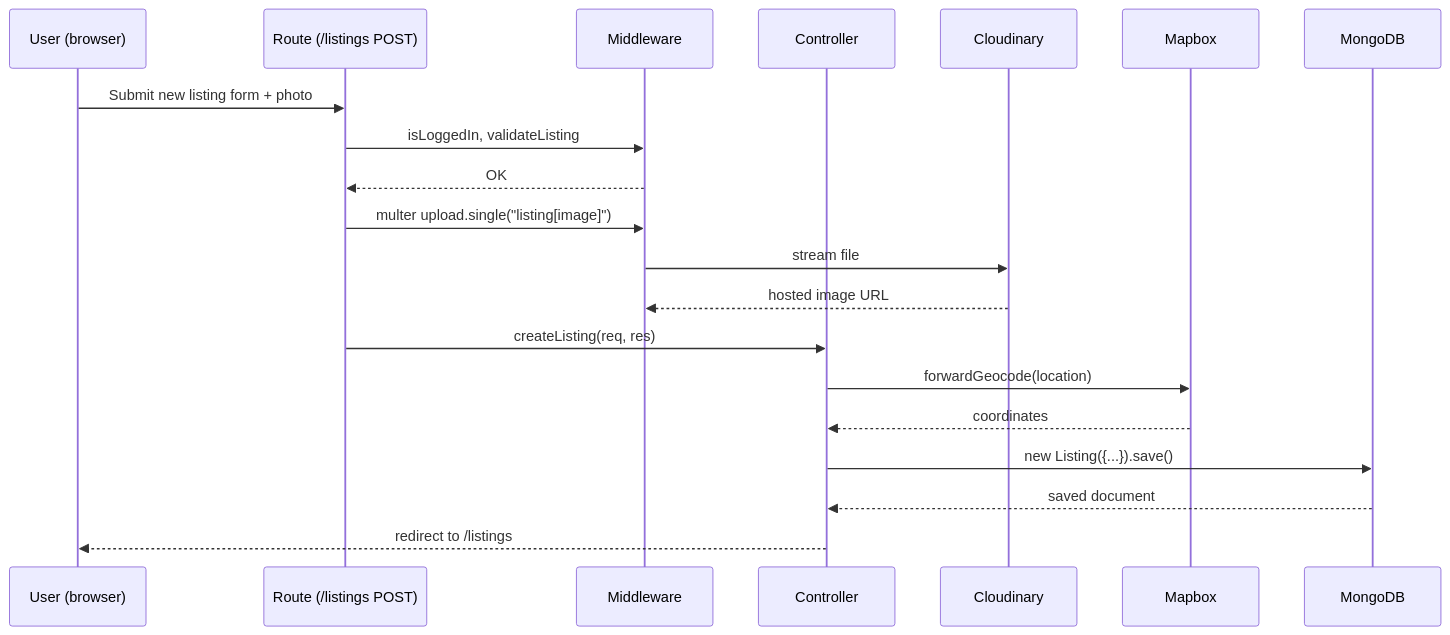
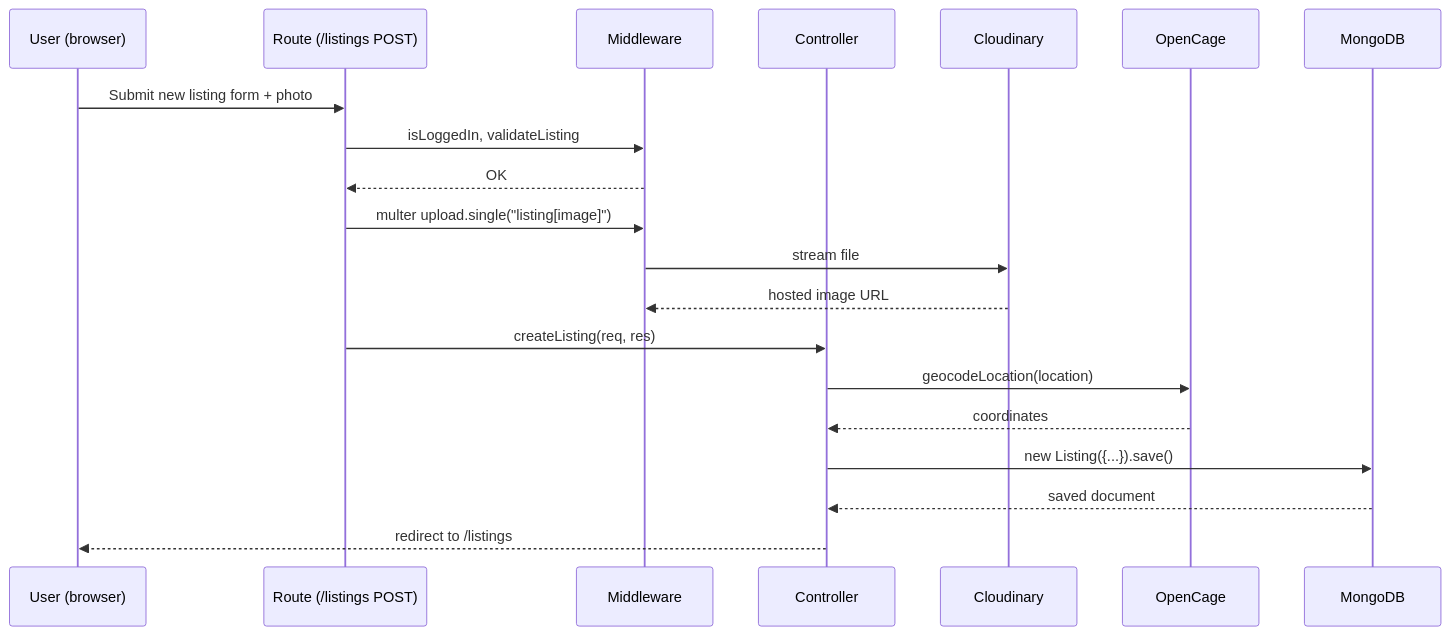
Before and after one commit to KushagraSri87/StayScape: the second of 2 diagrams in README.md, drawn with Mermaid. The commit also changed other lines of this file, not shown here.

First line of the commit message:
Update README: replace Mapbox references with OpenCage + Leaflet

````diff
--- a/README.md
+++ b/README.md
@@ -59,23 +59,23 @@
 ```mermaid
 sequenceDiagram
     participant U as User (browser)
     participant R as Route (/listings POST)
     participant M as Middleware
     participant C as Controller
     participant Cl as Cloudinary
-    participant Mb as Mapbox
+    participant Oc as OpenCage
     participant DB as MongoDB
 
     U->>R: Submit new listing form + photo
     R->>M: isLoggedIn, validateListing
     M-->>R: OK
     R->>M: multer upload.single("listing[image]")
     M->>Cl: stream file
     Cl-->>M: hosted image URL
     R->>C: createListing(req, res)
-    C->>Mb: forwardGeocode(location)
-    Mb-->>C: coordinates
+    C->>Oc: geocodeLocation(location)
+    Oc-->>C: coordinates
     C->>DB: new Listing({...}).save()
     DB-->>C: saved document
     C-->>U: redirect to /listings
 ```
````
